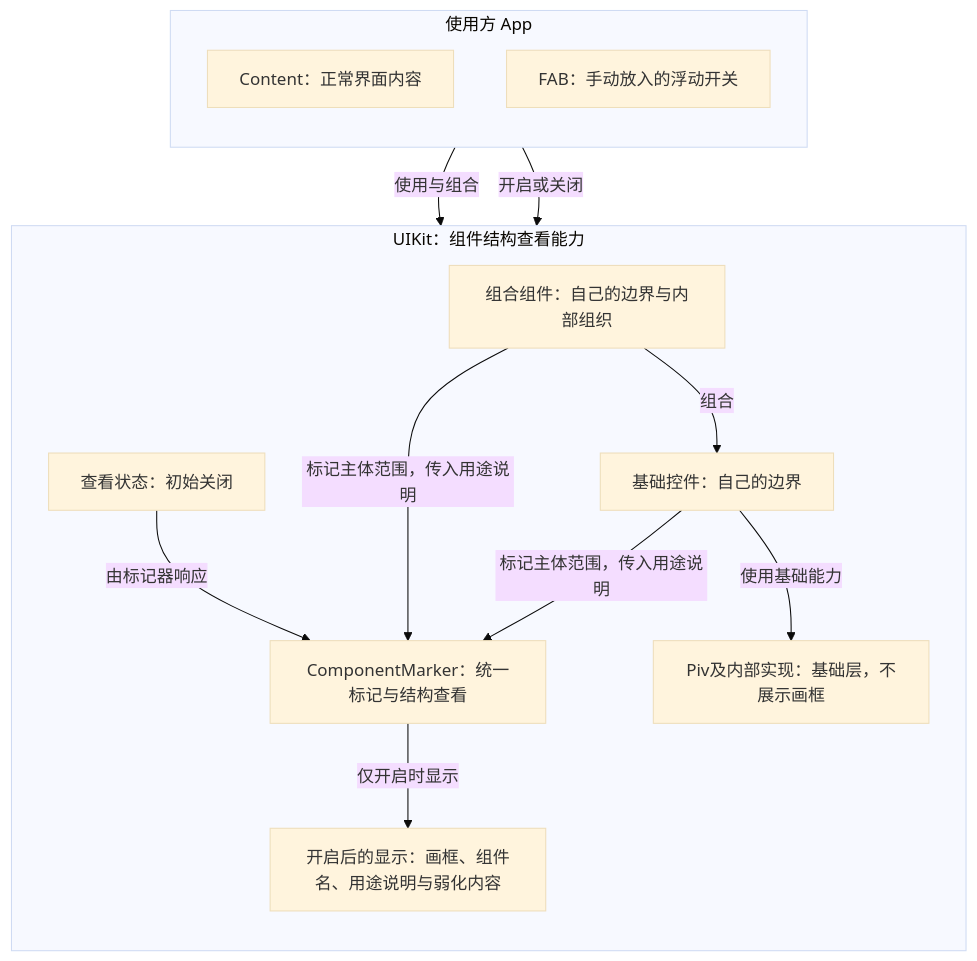
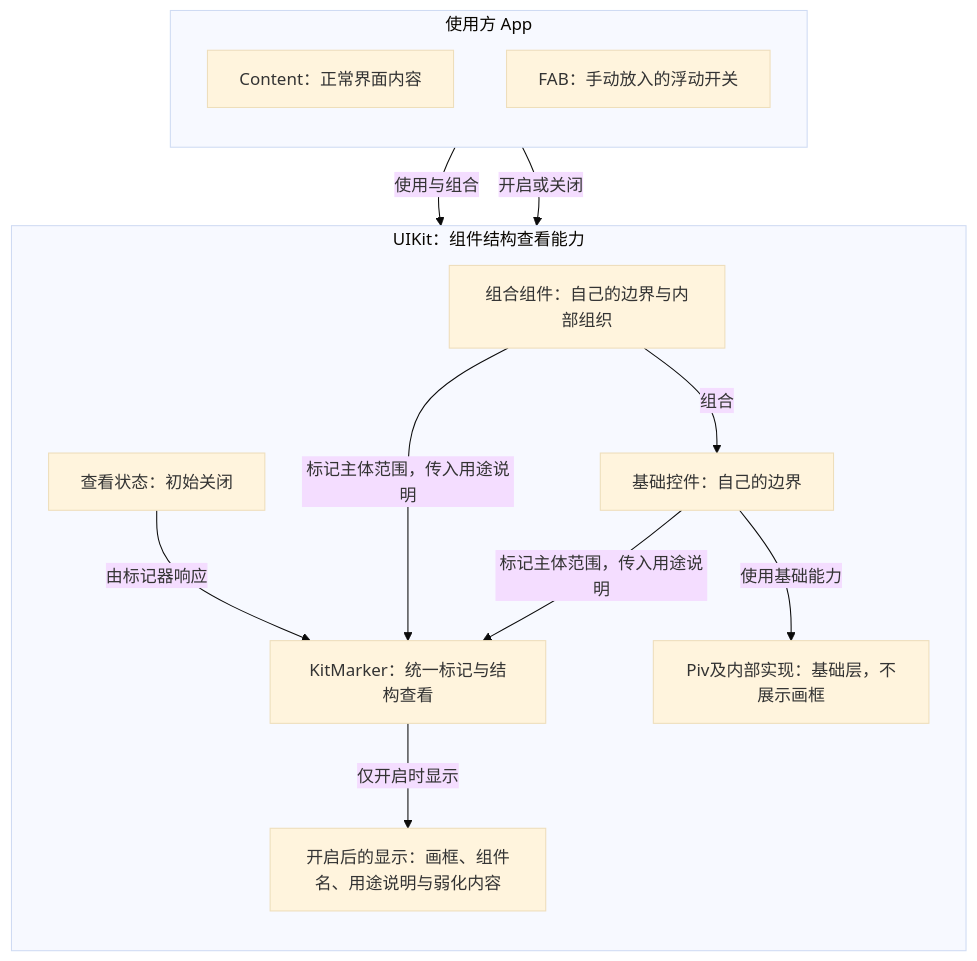
The diagram in docs/guide/组件结构查看.md (edsolater/uikit), drawn with Mermaid (base theme) before and after one commit. The commit also changed other lines of this file and 92 other files, not shown here.

````diff
--- a/docs/guide/组件结构查看.md
+++ b/docs/guide/组件结构查看.md
@@ -64,25 +66,25 @@
 ```mermaid
 flowchart TB
     subgraph application[使用方 App]
         direction TB
         content[Content：正常界面内容]
         fab[FAB：手动放入的浮动开关]
     end
     subgraph toolkit[UIKit：组件结构查看能力]
         direction TB
         mode[查看状态：初始关闭]
         composed[组合组件：自己的边界与内部组织]
         controls[基础控件：自己的边界]
-        marker[ComponentMarker：统一标记与结构查看]
+        marker[KitMarker：统一标记与结构查看]
         piv[Piv及内部实现：基础层，不展示画框]
         view[开启后的显示：画框、组件名、用途说明与弱化内容]
     end
     content -->|使用与组合| composed
     composed -->|组合| controls
     controls -->|使用基础能力| piv
     fab -->|开启或关闭| mode
     composed -->|标记主体范围，传入用途说明| marker
     controls -->|标记主体范围，传入用途说明| marker
     mode -->|由标记器响应| marker
     marker -->|仅开启时显示| view
 ```
````
